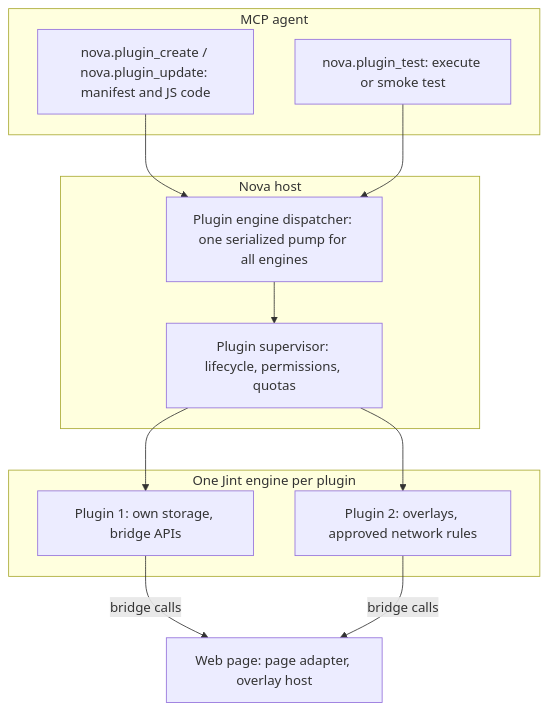
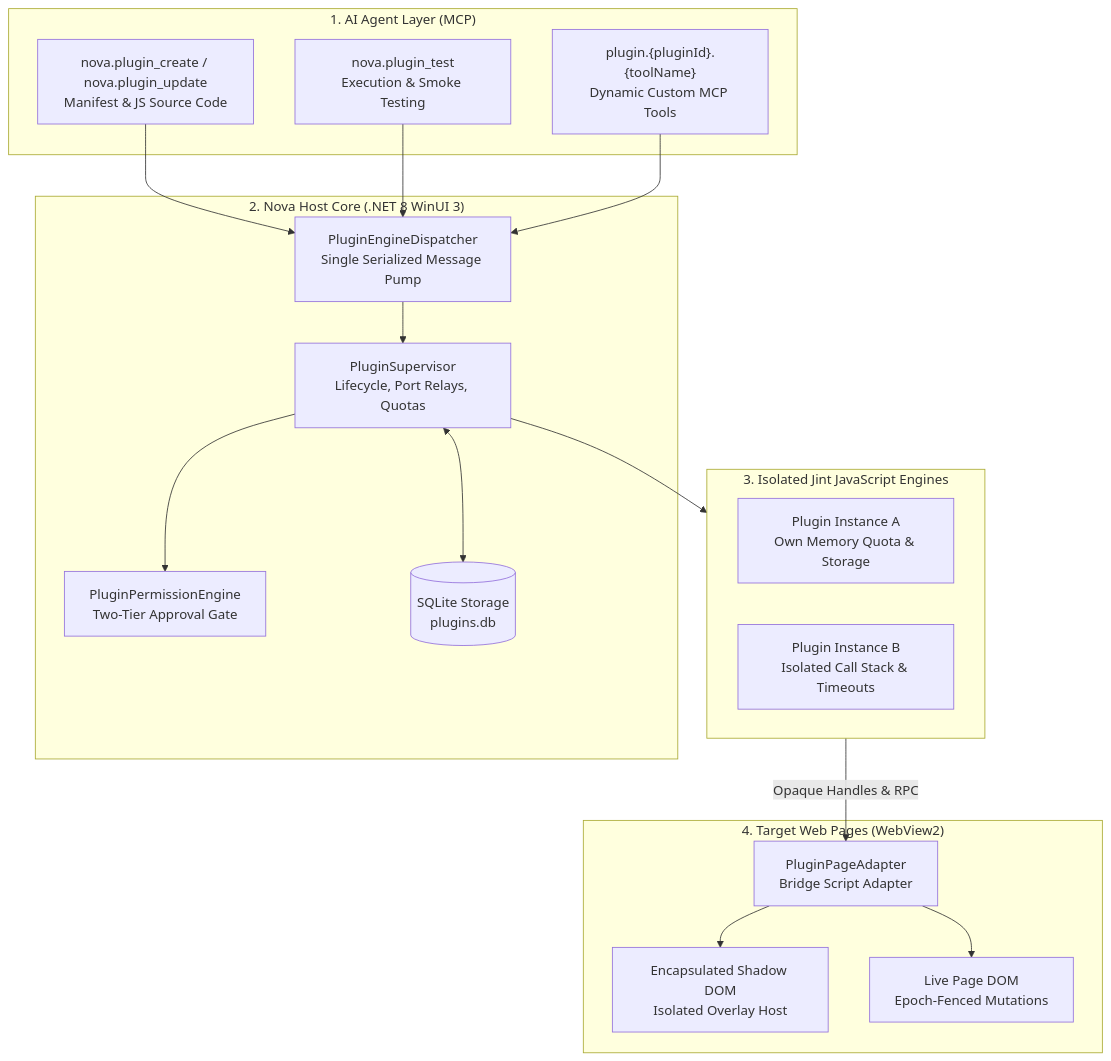
One commit to joelaniol/nova changed the first of 4 diagrams in docs/core-features/plugins/README.md. Above: the diagram before and after it, drawn with Mermaid. The commit also changed other lines of this file and 10 other files, not shown here.

Commit message:
docs(core-features): add desktop notifications architecture hub and expand knowledge board and plugin architectures

````diff
--- a/docs/core-features/plugins/README.md
+++ b/docs/core-features/plugins/README.md
@@ -24,27 +30,39 @@
 ```mermaid
 flowchart TD
-    subgraph AgentLayer["MCP agent"]
-        Author["nova.plugin_create / nova.plugin_update: manifest and JS code"]
-        Test["nova.plugin_test: execute or smoke test"]
+    subgraph AgentLayer["1. AI Agent Layer (MCP)"]
+        Author["nova.plugin_create / nova.plugin_update<br>Manifest & JS Source Code"]
+        Test["nova.plugin_test<br>Execution & Smoke Testing"]
+        CustomCall["plugin.{pluginId}.{toolName}<br>Dynamic Custom MCP Tools"]
     end
 
-    subgraph HostCore["Nova host"]
-        Dispatcher["Plugin engine dispatcher: one serialized pump for all engines"]
-        Supervisor["Plugin supervisor: lifecycle, permissions, quotas"]
+    subgraph HostCore["2. Nova Host Core (.NET 8 WinUI 3)"]
+        Dispatcher["PluginEngineDispatcher<br>Single Serialized Message Pump"]
+        Supervisor["PluginSupervisor<br>Lifecycle, Port Relays, Quotas"]
+        PermEngine["PluginPermissionEngine<br>Two-Tier Approval Gate"]
+        DB[("SQLite Storage<br>plugins.db")]
     end
 
-    subgraph Engines["One Jint engine per plugin"]
-        VM1["Plugin 1: own storage, bridge APIs"]
-        VM2["Plugin 2: overlays, approved network rules"]
+    subgraph Sandboxes["3. Isolated Jint JavaScript Engines"]
+        VM1["Plugin Instance A<br>Own Memory Quota & Storage"]
+        VM2["Plugin Instance B<br>Isolated Call Stack & Timeouts"]
     end
 
-    Page["Web page: page adapter, overlay host"]
+    subgraph BrowserTabs["4. Target Web Pages (WebView2)"]
+        PageAdapter["PluginPageAdapter<br>Bridge Script Adapter"]
+        ShadowDOM["Encapsulated Shadow DOM<br>Isolated Overlay Host"]
+        DOMNodes["Live Page DOM<br>Epoch-Fenced Mutations"]
+    end
 
     Author --> Dispatcher
     Test --> Dispatcher
+    CustomCall --> Dispatcher
+
     Dispatcher --> Supervisor
-    Supervisor --> VM1
-    Supervisor --> VM2
-    VM1 -->|bridge calls| Page
-    VM2 -->|bridge calls| Page
+    Supervisor --> PermEngine
+    Supervisor --> Sandboxes
+    Supervisor <--> DB
+
+    Sandboxes -->|Opaque Handles & RPC| PageAdapter
+    PageAdapter --> ShadowDOM
+    PageAdapter --> DOMNodes
 ```
````
